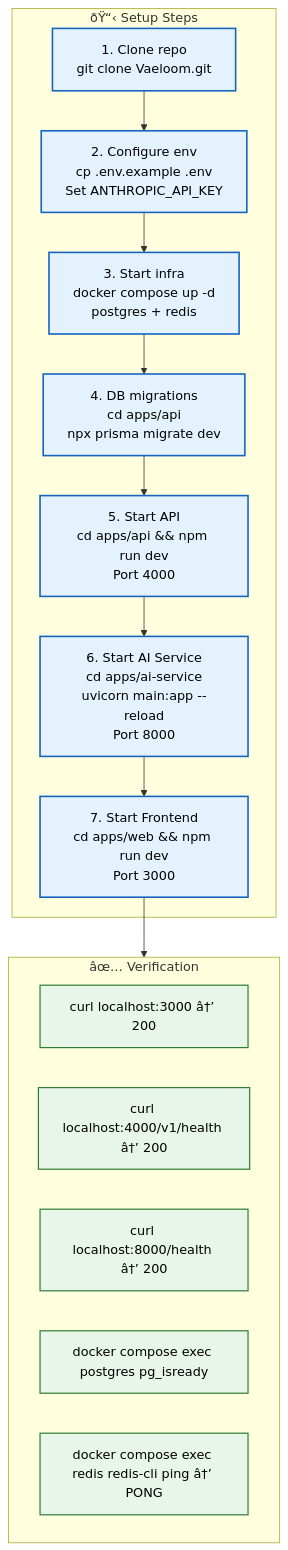
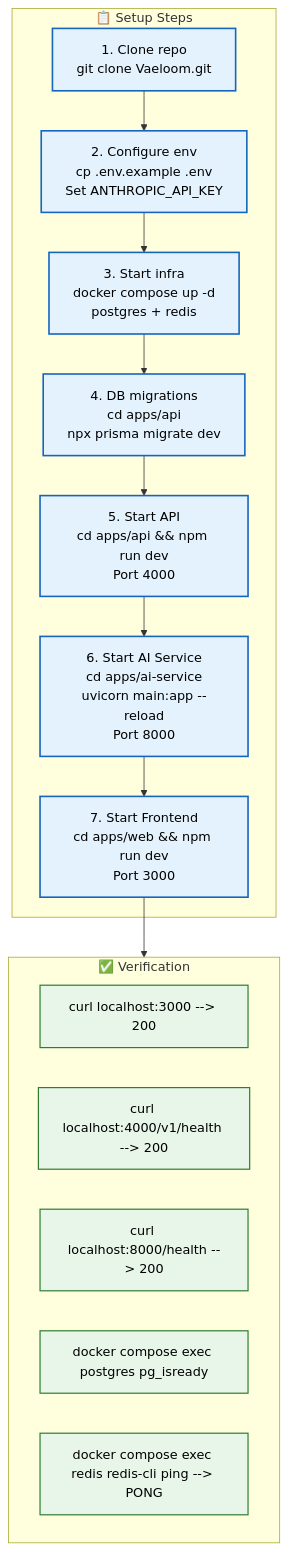
Before and after one commit to Driftloom/Vaeloom: the diagram in Docs/Developer_Experience/Setup.md, drawn with Mermaid. The commit also changed other lines of this file and 8 other files, not shown here.

Commit message:
docs(devx): add developer guide, setup, environment, debugging, CLI, and scripts

````diff
--- a/Docs/Developer_Experience/Setup.md
+++ b/Docs/Developer_Experience/Setup.md
@@ -12,28 +12,28 @@
 ```mermaid
 graph TD
     classDef step fill:#e3f2fd,stroke:#1565c0,color:#000,stroke-width:2px
     classDef verify fill:#e8f5e9,stroke:#2e7d32,color:#000,stroke-width:1.5px
 
-    subgraph Steps["ðŸ“‹ Setup Steps"]
+    subgraph Steps["📋 Setup Steps"]
         S1["1. Clone repo<br/>git clone Vaeloom.git"]
         S2["2. Configure env<br/>cp .env.example .env<br/>Set ANTHROPIC_API_KEY"]
         S3["3. Start infra<br/>docker compose up -d<br/>postgres + redis"]
         S4["4. DB migrations<br/>cd apps/api<br/>npx prisma migrate dev"]
         S5["5. Start API<br/>cd apps/api && npm run dev<br/>Port 4000"]
         S6["6. Start AI Service<br/>cd apps/ai-service<br/>uvicorn main:app --reload<br/>Port 8000"]
         S7["7. Start Frontend<br/>cd apps/web && npm run dev<br/>Port 3000"]
     end
 
-    subgraph Verify["âœ… Verification"]
-        V1["curl localhost:3000 â†’ 200"]
-        V2["curl localhost:4000/v1/health â†’ 200"]
-        V3["curl localhost:8000/health â†’ 200"]
+    subgraph Verify["✅ Verification"]
+        V1["curl localhost:3000 --> 200"]
+        V2["curl localhost:4000/v1/health --> 200"]
+        V3["curl localhost:8000/health --> 200"]
         V4["docker compose exec postgres pg_isready"]
-        V5["docker compose exec redis redis-cli ping â†’ PONG"]
+        V5["docker compose exec redis redis-cli ping --> PONG"]
     end
 
     S1 --> S2 --> S3 --> S4 --> S5 --> S6 --> S7 --> Verify
 
     class S1,S2,S3,S4,S5,S6,S7 step
     class V1,V2,V3,V4,V5 verify
 ```
````
